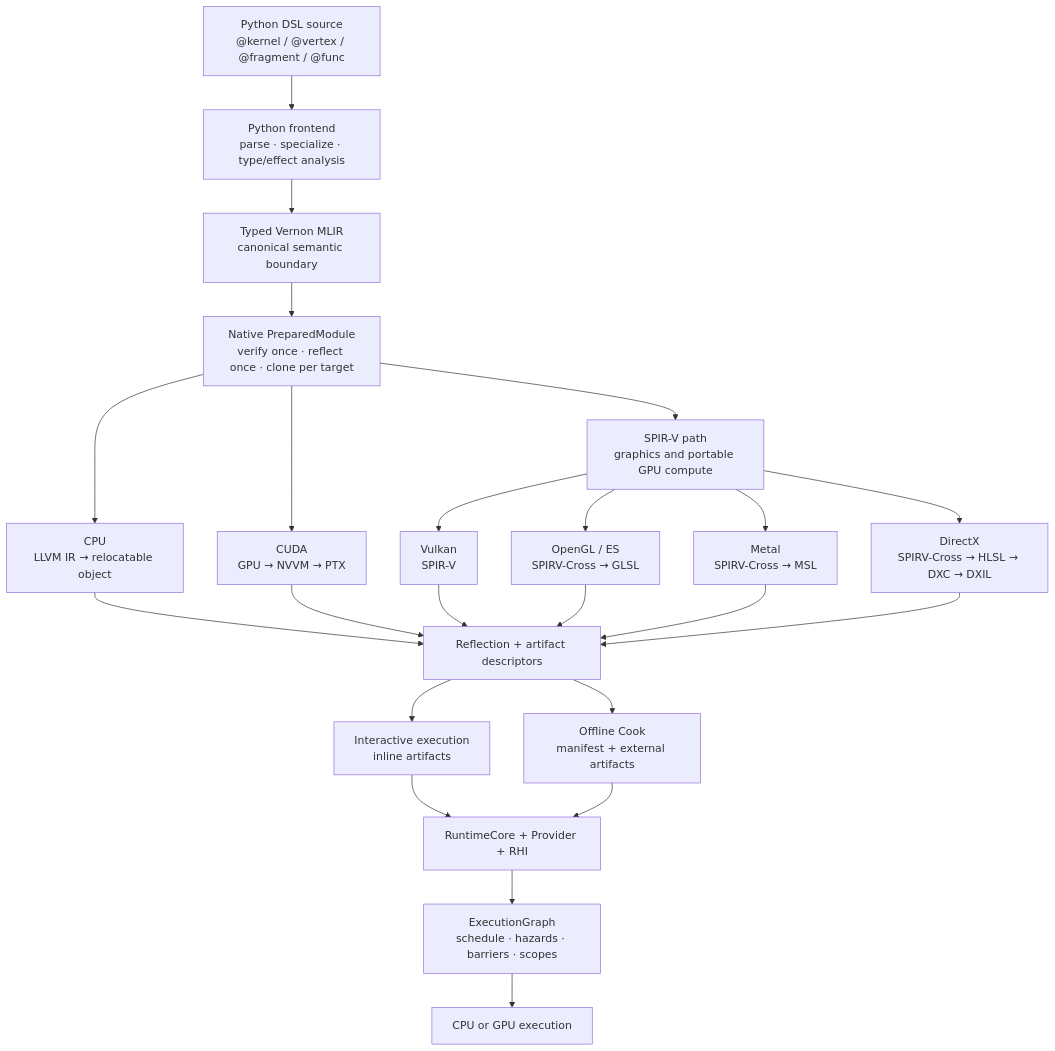
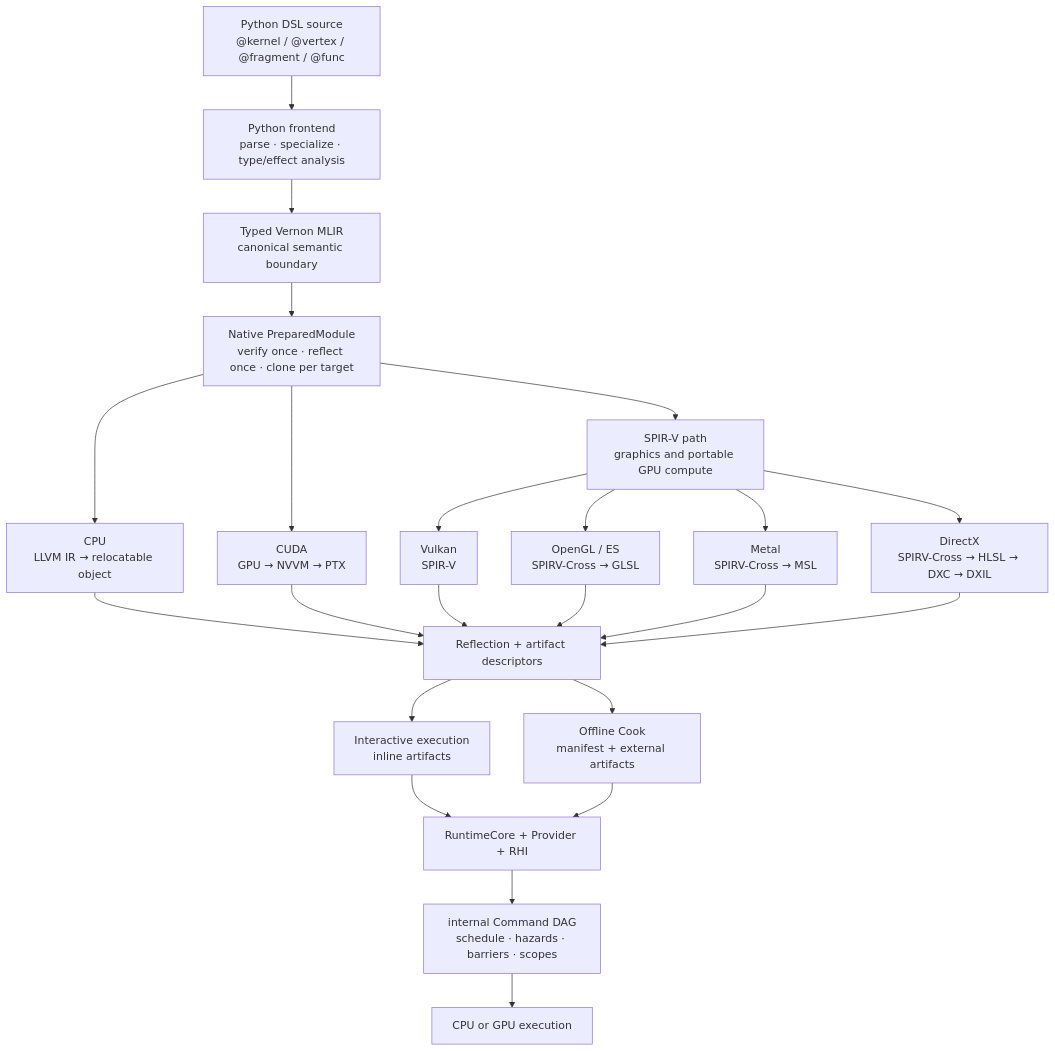
The first of 3 diagrams in ARCHITECTURE.md (morphling666/VernonDSL), drawn with Mermaid before and after one commit. The commit also changed other lines of this file and 114 other files, not shown here.

````diff
--- a/ARCHITECTURE.md
+++ b/ARCHITECTURE.md
@@ -20,31 +20,31 @@
 ```mermaid
 flowchart TD
     Source["Python DSL source<br/>@kernel / @vertex / @fragment / @func"]
     Frontend["Python frontend<br/>parse · specialize · type/effect analysis"]
     VernonIR["Typed Vernon MLIR<br/>canonical semantic boundary"]
     Prepared["Native PreparedModule<br/>verify once · reflect once · clone per target"]
 
     Source --> Frontend --> VernonIR --> Prepared
 
     Prepared --> CPU["CPU<br/>LLVM IR → relocatable object"]
     Prepared --> CUDA["CUDA<br/>GPU → NVVM → PTX"]
     Prepared --> SPIRV["SPIR-V path<br/>graphics and portable GPU compute"]
     SPIRV --> Vulkan["Vulkan<br/>SPIR-V"]
     SPIRV --> OpenGL["OpenGL / ES<br/>SPIRV-Cross → GLSL"]
     SPIRV --> Metal["Metal<br/>SPIRV-Cross → MSL"]
     SPIRV --> DirectX["DirectX<br/>SPIRV-Cross → HLSL → DXC → DXIL"]
 
     CPU --> Bundle["Reflection + artifact descriptors"]
     CUDA --> Bundle
     Vulkan --> Bundle
     OpenGL --> Bundle
     Metal --> Bundle
     DirectX --> Bundle
 
     Bundle --> Interactive["Interactive execution<br/>inline artifacts"]
     Bundle --> Cook["Offline Cook<br/>manifest + external artifacts"]
     Interactive --> Runtime["RuntimeCore + Provider + RHI"]
     Cook --> Runtime
-    Runtime --> Graph["ExecutionGraph<br/>schedule · hazards · barriers · scopes"]
+    Runtime --> Graph["internal Command DAG<br/>schedule · hazards · barriers · scopes"]
     Graph --> Device["CPU or GPU execution"]
 ```
````
